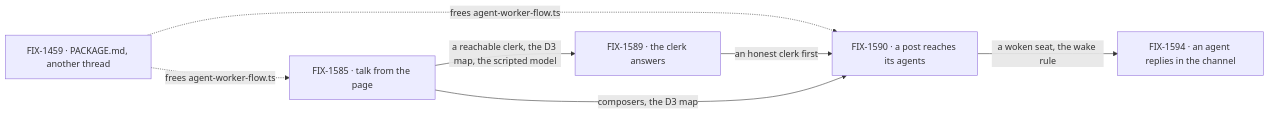
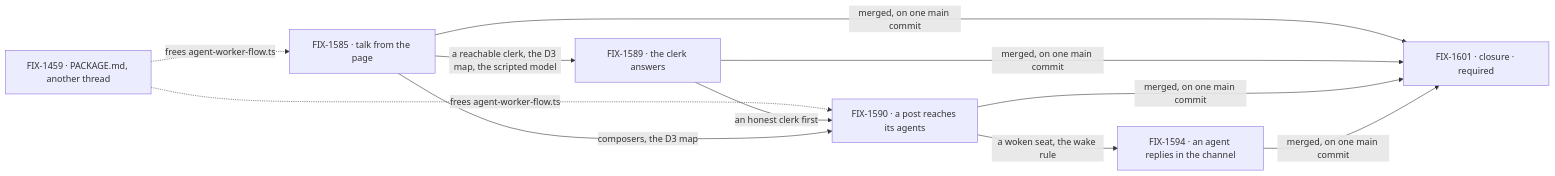
The second of 2 diagrams in specs/epics/FIX-1592/SPEC.md (fixpoint-labs/flow-state-dev), drawn with Mermaid before and after one commit. The commit also changed other lines of this file and 3 other files, not shown here.

````diff
--- a/specs/epics/FIX-1592/SPEC.md
+++ b/specs/epics/FIX-1592/SPEC.md
@@ -92,9 +94,10 @@
 ```mermaid
 flowchart LR
   I["FIX-1459 · PACKAGE.md, another thread"] -.->|"frees agent-worker-flow.ts"| A
   I -.->|"frees agent-worker-flow.ts"| B
   A["FIX-1585 · talk from the page"] -->|"a reachable clerk, the D3 map, the scripted model"| D["FIX-1589 · the clerk answers"]
   D -->|"an honest clerk first"| B["FIX-1590 · a post reaches its agents"]
   A -->|"composers, the D3 map"| B
   B -->|"a woken seat, the wake rule"| C["FIX-1594 · an agent replies in the channel"]
+  A & D & B & C -->|"merged, on one main commit"| Z["FIX-1601 · closure · required"]
 ```
````
